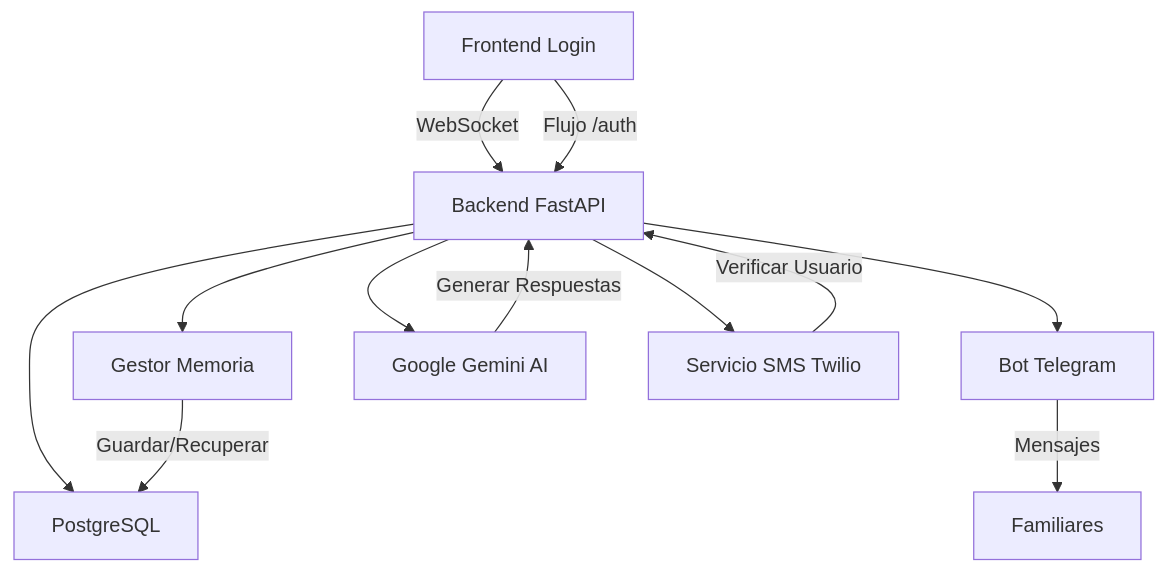
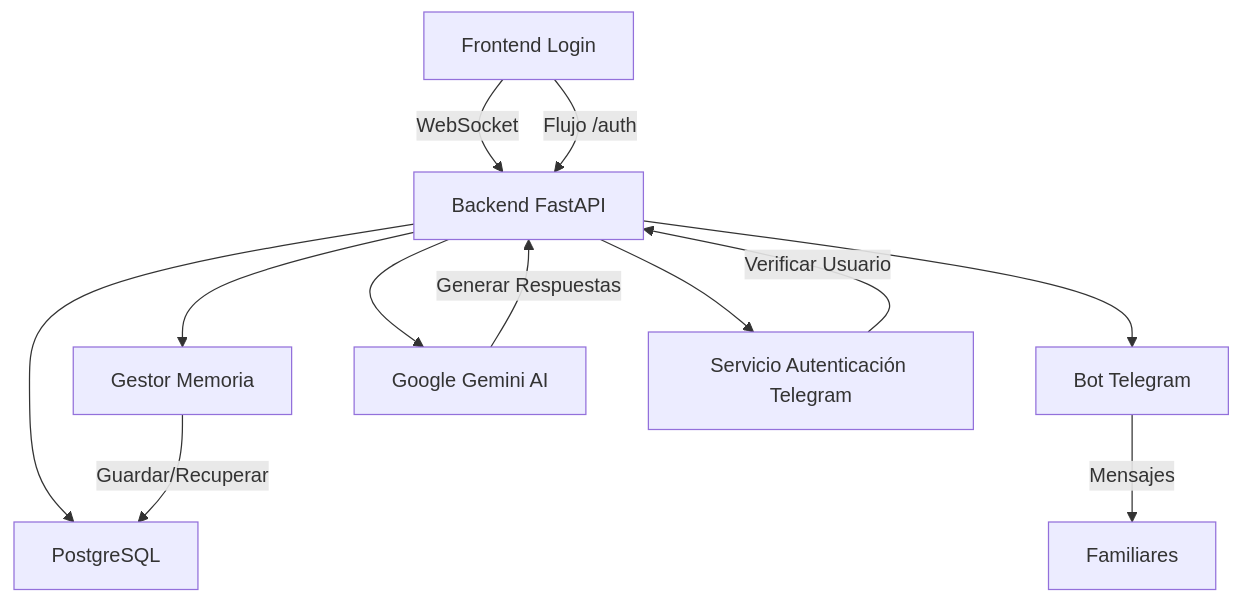
The second of 2 diagrams in Readme.md (ogarmar/Compa), drawn with Mermaid before and after one commit. The commit also changed other lines of this file, not shown here.

````diff
--- a/Readme.md
+++ b/Readme.md
@@ -243,14 +238,14 @@
 ```mermaid
 graph TD
     A[Frontend Login] -->|WebSocket| B[Backend FastAPI]
     A -->|Flujo /auth| B
     B --> C[Gestor Memoria]
     B --> D[Bot Telegram]
     B --> E[Google Gemini AI]
     B --> F[PostgreSQL]
-    B --> G[Servicio SMS Twilio]
+    B --> G[Servicio Autenticación Telegram]
     D -->|Mensajes| H[Familiares]
     C -->|Guardar/Recuperar| F
     E -->|Generar Respuestas| B
     G -->|Verificar Usuario| B
 ```
````
